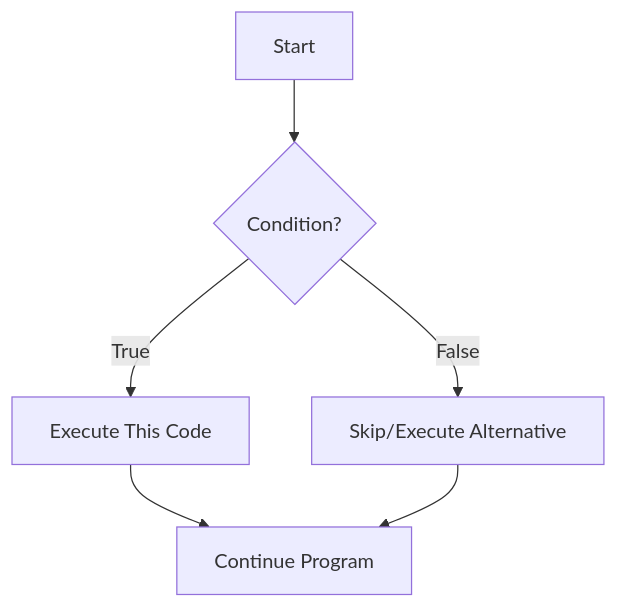
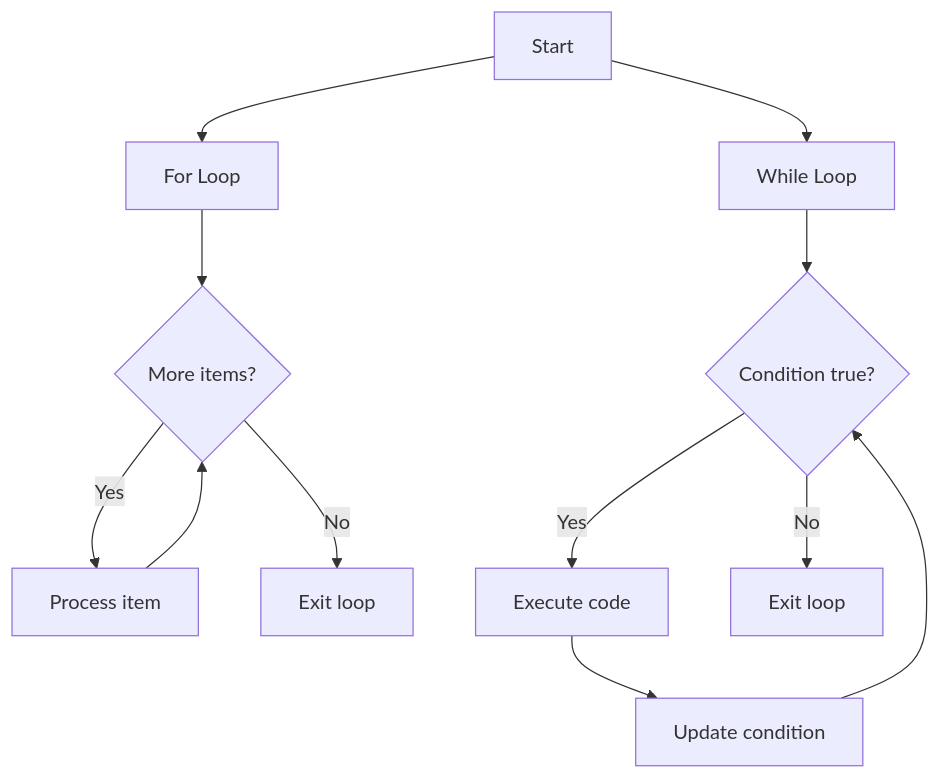
Before and after one commit to wahidyankf/oss: the second of 5 diagrams in apps-standalone/ayokoding-web/content/en/learn/crash-courses/swe/lang/python/basics.md, drawn with Mermaid. The commit also changed other lines of this file and 40 other files, not shown here.

````diff
--- a/apps-standalone/ayokoding-web/content/en/learn/crash-courses/swe/lang/python/basics.md
+++ b/apps-standalone/ayokoding-web/content/en/learn/crash-courses/swe/lang/python/basics.md
@@ -91,8 +275,16 @@
 ```mermaid
-flowchart TD
-    A[Start] --> B{Condition?}
-    B -->|True| C[Execute This Code]
-    B -->|False| D[Skip/Execute Alternative]
-    C --> E[Continue Program]
-    D --> E
+graph TD
+    A[Start] --> B[For Loop]
+    A --> C[While Loop]
+
+    B --> D{More items?}
+    D -->|Yes| E[Process item]
+    E --> D
+    D -->|No| F[Exit loop]
+
+    C --> G{Condition true?}
+    G -->|Yes| H[Execute code]
+    H --> I[Update condition]
+    I --> G
+    G -->|No| J[Exit loop]
 ```
````
